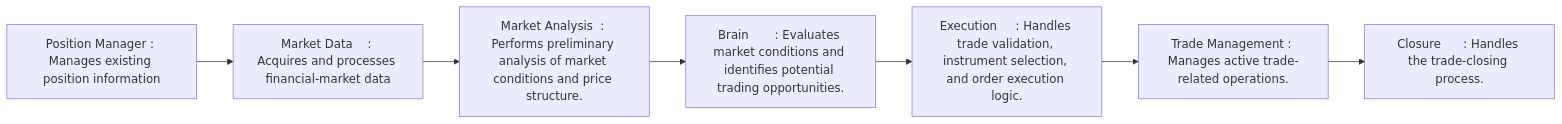
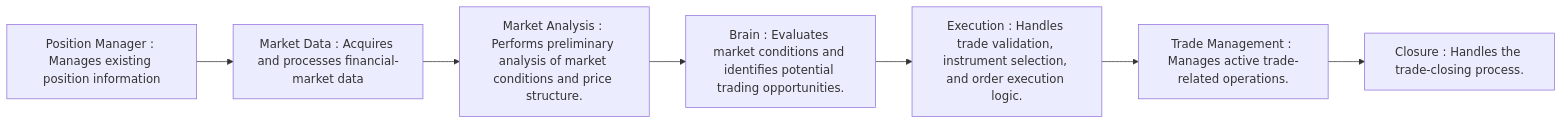
Before and after one commit to shivam42735776/E0-engine-documentation: the diagram in README.md, drawn with Mermaid.

Commit message:
Remove extra spaces in flowchart labels
README.md Updated

````diff
--- a/README.md
+++ b/README.md
@@ -102,12 +102,12 @@
 ```mermaid
 flowchart LR
     A["Position Manager : Manages existing position information"]
-    B["  Market Data    : Acquires and processes financial-market data"]
-    C["Market Analysis  : Performs preliminary analysis of market conditions and price structure."]
-    D["     Brain       : Evaluates market conditions and identifies potential trading opportunities."]
-    E["   Execution     : Handles trade validation, instrument selection, and order execution logic."]
+    B["Market Data : Acquires and processes financial-market data"]
+    C["Market Analysis : Performs preliminary analysis of market conditions and price structure."]
+    D["Brain : Evaluates market conditions and identifies potential trading opportunities."]
+    E["Execution : Handles trade validation, instrument selection, and order execution logic."]
     F["Trade Management : Manages active trade-related operations."]
-    G["    Closure      : Handles the trade-closing process."]
+    G["Closure : Handles the trade-closing process."]
 
     A --> B --> C --> D --> E --> F --> G
 ```
````
